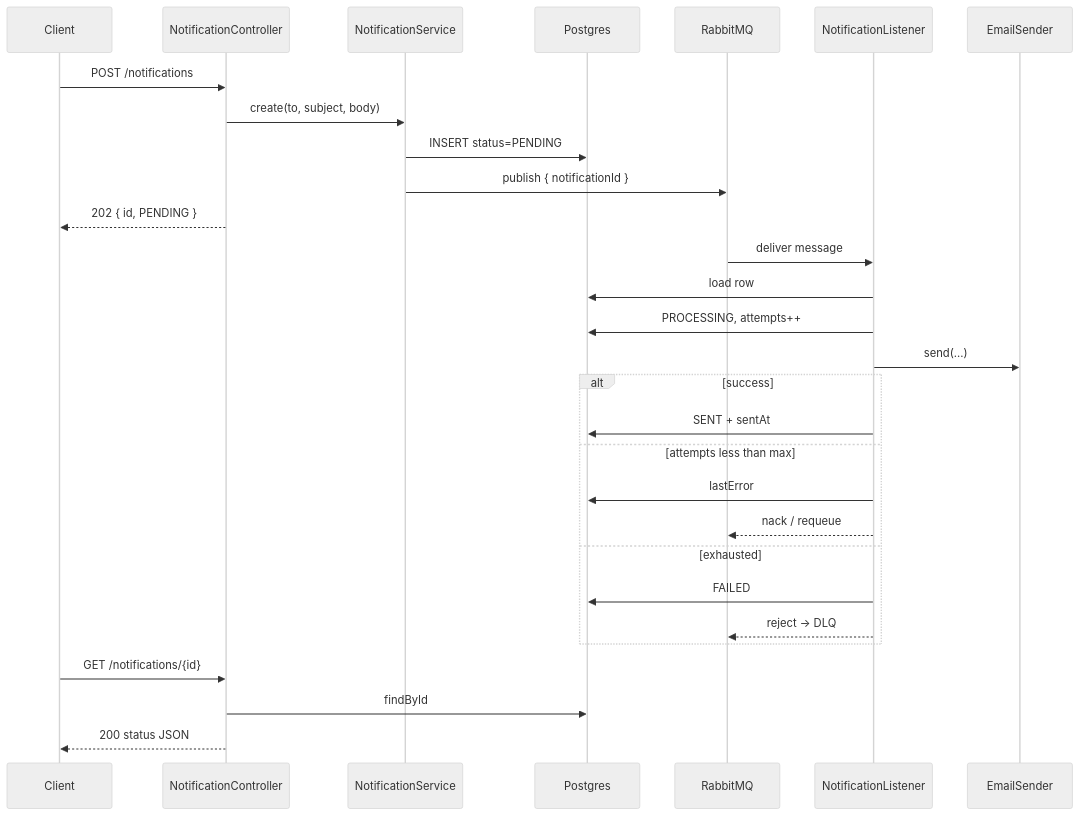
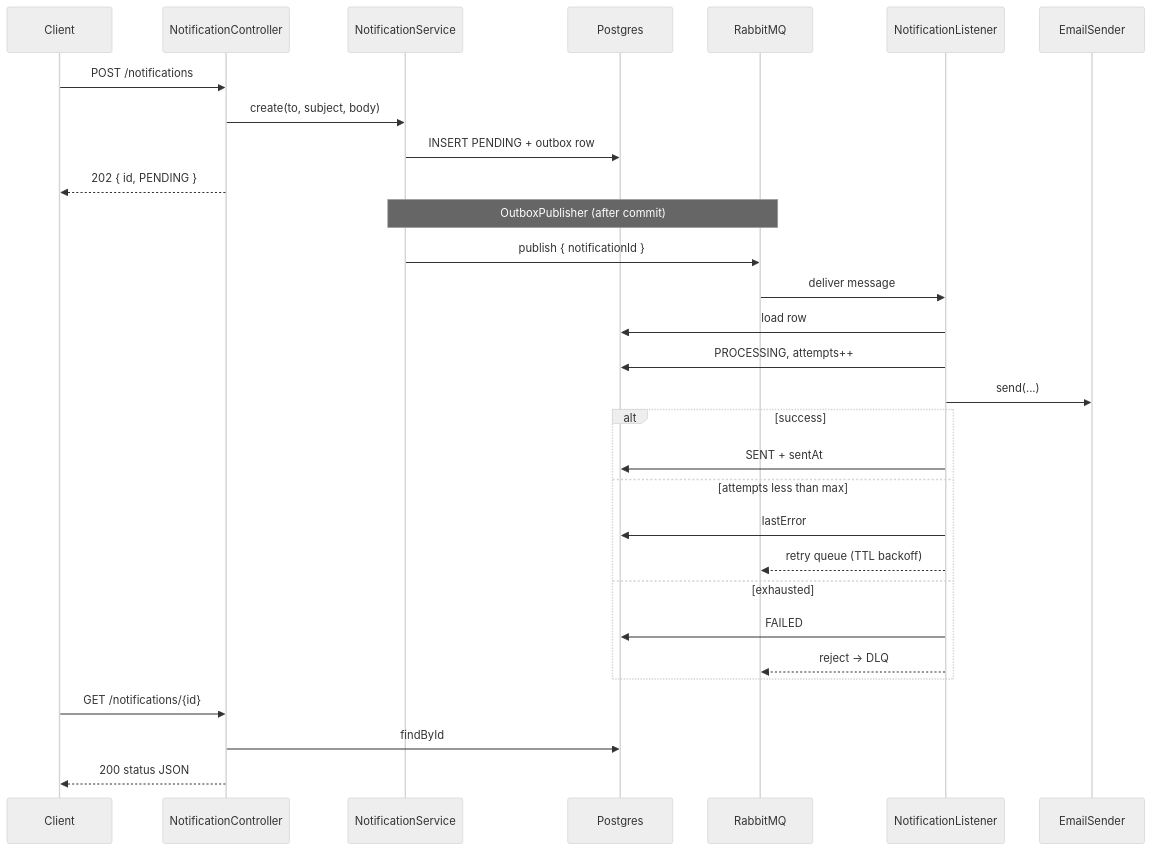
One commit to satya666666/notification-worker changed the diagram in docs/PROJECT-OVERVIEW.md. Above: the diagram before and after it, drawn with Mermaid (neutral theme). The commit also changed other lines of this file and 28 other files, not shown here.

````diff
--- a/docs/PROJECT-OVERVIEW.md
+++ b/docs/PROJECT-OVERVIEW.md
@@ -108,34 +118,35 @@
 ```mermaid
 sequenceDiagram
   participant Client
   participant API as NotificationController
   participant Svc as NotificationService
   participant DB as Postgres
   participant Q as RabbitMQ
   participant L as NotificationListener
   participant Mail as EmailSender
 
   Client->>API: POST /notifications
   API->>Svc: create(to, subject, body)
-  Svc->>DB: INSERT status=PENDING
+  Svc->>DB: INSERT PENDING + outbox row
+  API-->>Client: 202 { id, PENDING }
+  Note over Svc,Q: OutboxPublisher (after commit)
   Svc->>Q: publish { notificationId }
-  API-->>Client: 202 { id, PENDING }
 
   Q->>L: deliver message
   L->>DB: load row
   L->>DB: PROCESSING, attempts++
   L->>Mail: send(...)
   alt success
     L->>DB: SENT + sentAt
   else attempts less than max
     L->>DB: lastError
-    L-->>Q: nack / requeue
+    L-->>Q: retry queue (TTL backoff)
   else exhausted
     L->>DB: FAILED
     L-->>Q: reject → DLQ
   end
 
   Client->>API: GET /notifications/{id}
   API->>DB: findById
   API-->>Client: 200 status JSON
 ```
````
